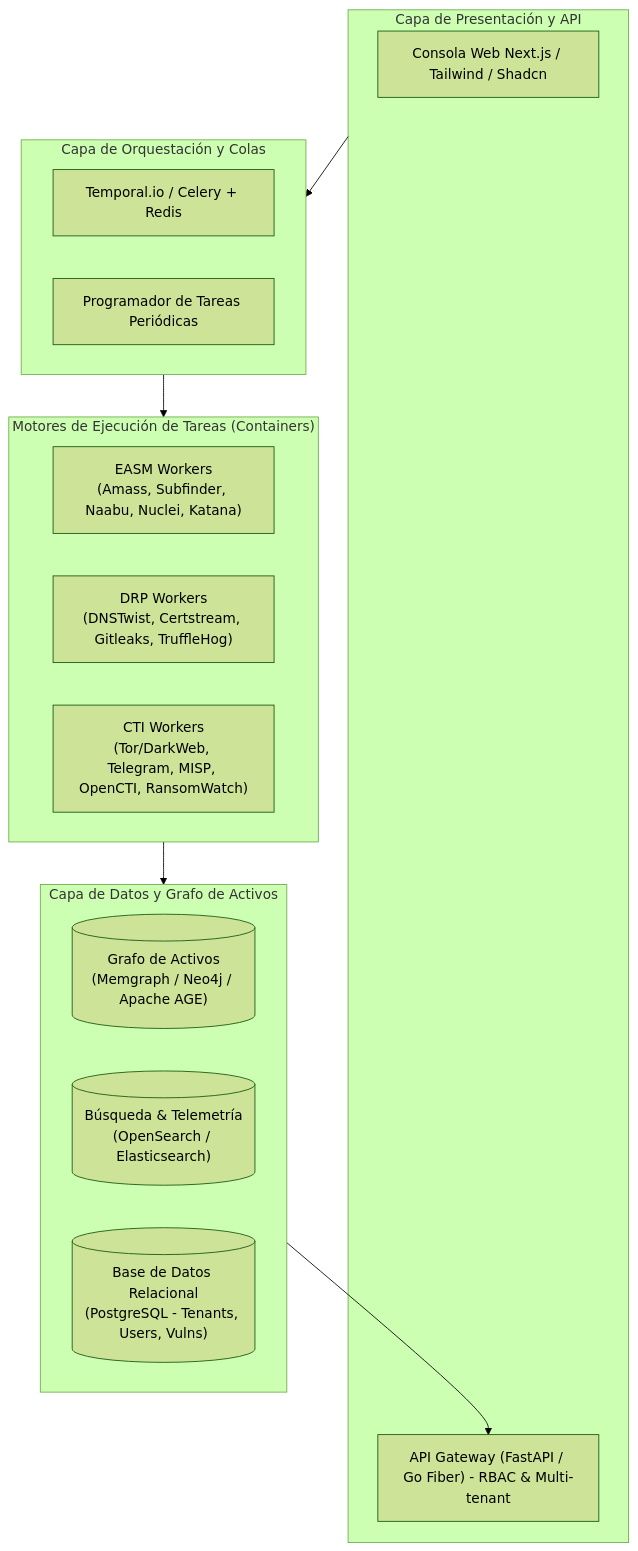
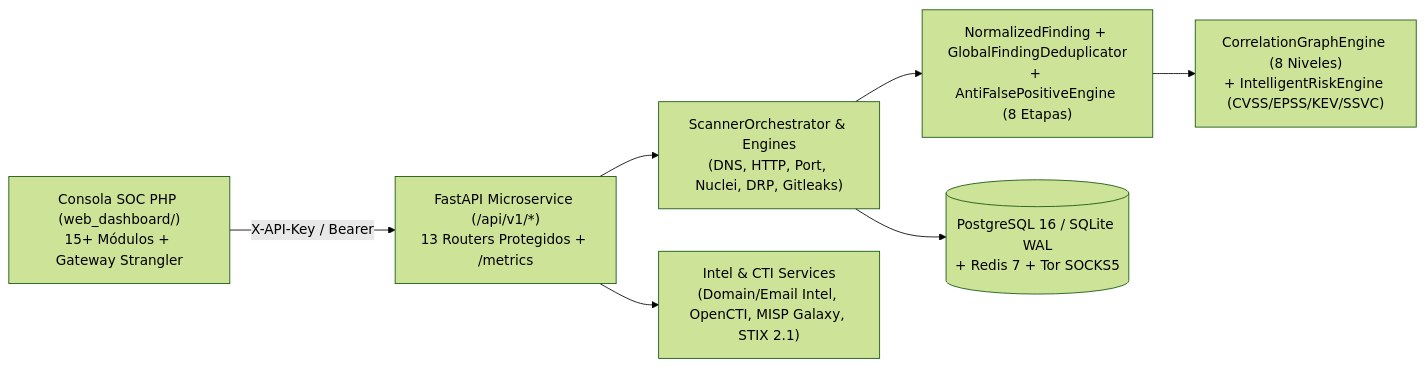
The diagram in PLAN_DE_TRABAJO_OPENRECON.md (saghet/OpenRecon), drawn with Mermaid (forest theme) before and after one commit. The commit also changed other lines of this file and 37 other files, not shown here.

Commit message:
feat(openrecon-3.0): P1/P2 debt closure, unified finding contract, consolidated engines, work plan & docs

````diff
--- a/PLAN_DE_TRABAJO_OPENRECON.md
+++ b/PLAN_DE_TRABAJO_OPENRECON.md
@@ -30,29 +26,9 @@
 ```mermaid
-flowchart TD
-    subgraph UI_API ["Capa de Presentación y API"]
-        WebUI["Consola Web Next.js / Tailwind / Shadcn"]
-        APIGW["API Gateway (FastAPI / Go Fiber) - RBAC & Multi-tenant"]
-    end
-
-    subgraph ORCHESTRATION ["Capa de Orquestación y Colas"]
-        Temporal["Temporal.io / Celery + Redis"]
-        CronSched["Programador de Tareas Periódicas"]
-    end
-
-    subgraph WORKERS ["Motores de Ejecución de Tareas (Containers)"]
-        W_EASM["EASM Workers\n(Amass, Subfinder, Naabu, Nuclei, Katana)"]
-        W_DRP["DRP Workers\n(DNSTwist, Certstream, Gitleaks, TruffleHog)"]
-        W_CTI["CTI Workers\n(Tor/DarkWeb, Telegram, MISP, OpenCTI, RansomWatch)"]
-    end
-
-    subgraph DATA_LAYER ["Capa de Datos y Grafo de Activos"]
-        GraphDB[("Grafo de Activos\n(Memgraph / Neo4j / Apache AGE)")]
-        SearchDB[("Búsqueda & Telemetría\n(OpenSearch / Elasticsearch)")]
-        RelDB[("Base de Datos Relacional\n(PostgreSQL - Tenants, Users, Vulns)")]
-    end
-
-    UI_API --> ORCHESTRATION
-    ORCHESTRATION --> WORKERS
-    WORKERS --> DATA_LAYER
-    DATA_LAYER --> APIGW
+flowchart LR
+    UI["Consola SOC PHP (web_dashboard/)\n15+ Módulos + Gateway Strangler"] -->|"X-API-Key / Bearer"| API["FastAPI Microservice (/api/v1/*)\n13 Routers Protegidos + /metrics"]
+    API --> ORCH["ScannerOrchestrator & Engines\n(DNS, HTTP, Port, Nuclei, DRP, Gitleaks)"]
+    API --> INTEL["Intel & CTI Services\n(Domain/Email Intel, OpenCTI, MISP Galaxy, STIX 2.1)"]
+    ORCH --> AFP["NormalizedFinding + GlobalFindingDeduplicator\n+ AntiFalsePositiveEngine (8 Etapas)"]
+    AFP --> RISK["CorrelationGraphEngine (8 Niveles)\n+ IntelligentRiskEngine (CVSS/EPSS/KEV/SSVC)"]
+    ORCH --> DATA[("PostgreSQL 16 / SQLite WAL\n+ Redis 7 + Tor SOCKS5")]
 ```
````
